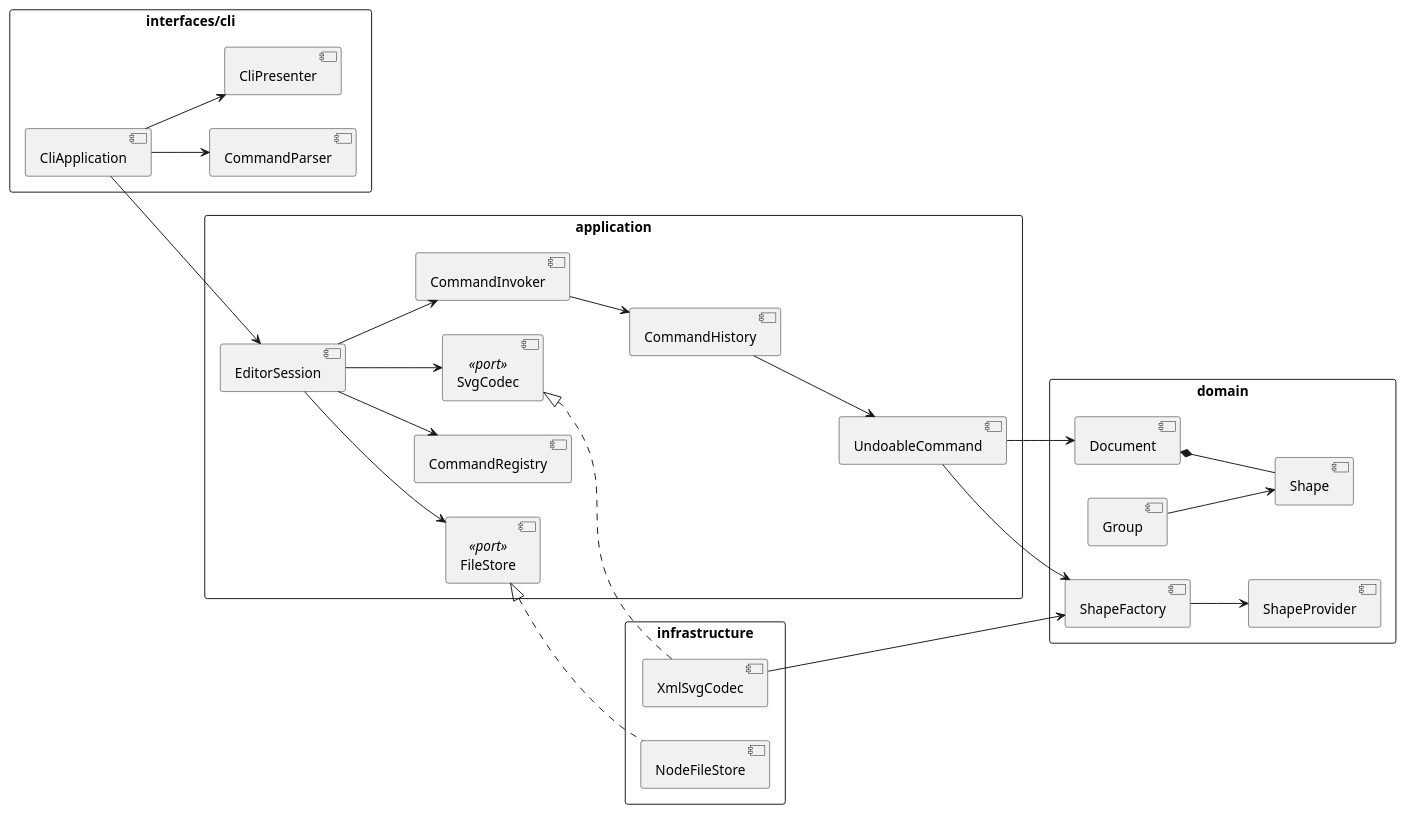
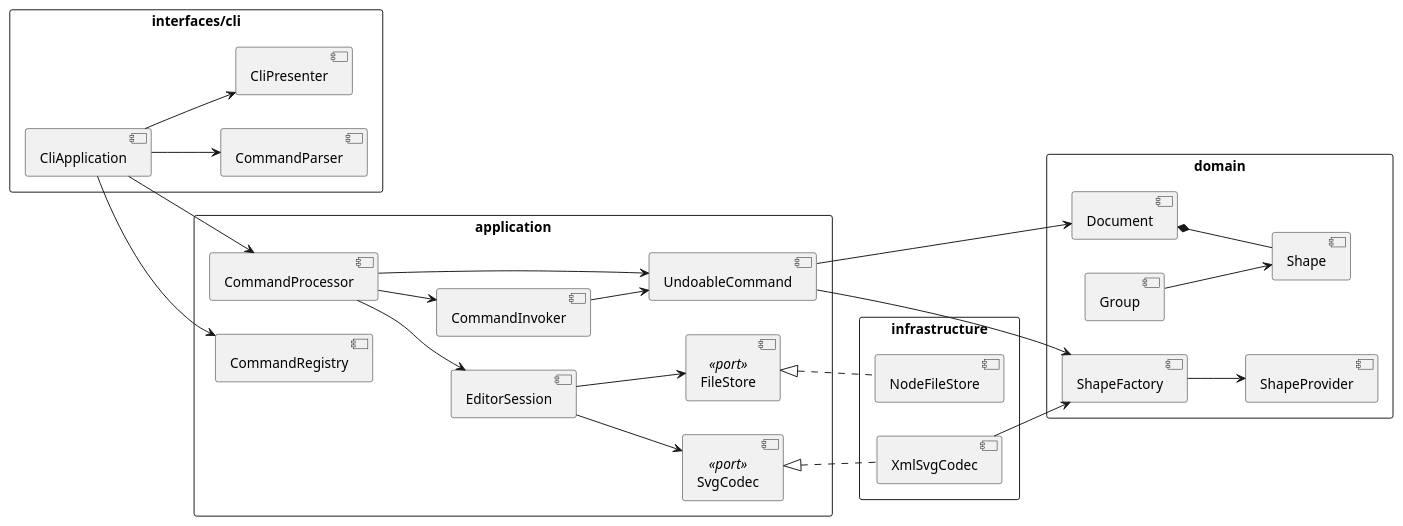
One commit to xsy12120/svg-editor-pj1 changed the diagram in doc/README.md. Above: the diagram before and after it, drawn with PlantUML. The commit also changed other lines of this file and 19 other files, not shown here.

````diff
--- a/doc/README.md
+++ b/doc/README.md
@@ -57,50 +57,51 @@
 ```plantuml
 @startuml
 skinparam packageStyle rectangle
 left to right direction
 
 package "interfaces/cli" {
   [CliApplication] --> [CommandParser]
   [CliApplication] --> [CliPresenter]
 }
 
 package "application" {
   [EditorSession]
+  [CommandProcessor]
   [CommandInvoker]
-  [CommandHistory]
   [UndoableCommand]
   [CommandRegistry]
   [SvgCodec] <<port>>
   [FileStore] <<port>>
-  [EditorSession] --> [CommandRegistry]
-  [EditorSession] --> [CommandInvoker]
-  [CommandInvoker] --> [CommandHistory]
-  [CommandHistory] --> [UndoableCommand]
+  [CliApplication] --> [CommandRegistry]
+  [CliApplication] --> [CommandProcessor]
+  [CommandProcessor] --> [EditorSession]
+  [CommandProcessor] --> [CommandInvoker]
+  [CommandProcessor] --> [UndoableCommand]
+  [CommandInvoker] --> [UndoableCommand]
   [EditorSession] --> [SvgCodec]
   [EditorSession] --> [FileStore]
 }
 
 package "domain" {
   [Document]
   [Shape]
   [Group]
   [ShapeFactory]
   [ShapeProvider]
   [Document] *-- [Shape]
   [Group] --> [Shape]
   [ShapeFactory] --> [ShapeProvider]
   [UndoableCommand] --> [Document]
   [UndoableCommand] --> [ShapeFactory]
 }
 
 package "infrastructure" {
   [XmlSvgCodec]
   [NodeFileStore]
   [XmlSvgCodec] --> [ShapeFactory]
 }
 
-[CliApplication] --> [EditorSession]
 [SvgCodec] <|.. [XmlSvgCodec]
 [FileStore] <|.. [NodeFileStore]
 @enduml
 ```
````
